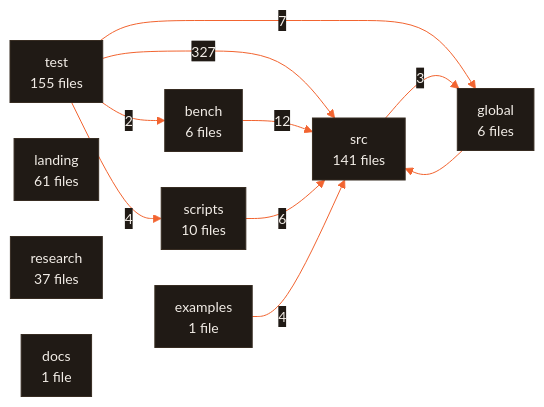
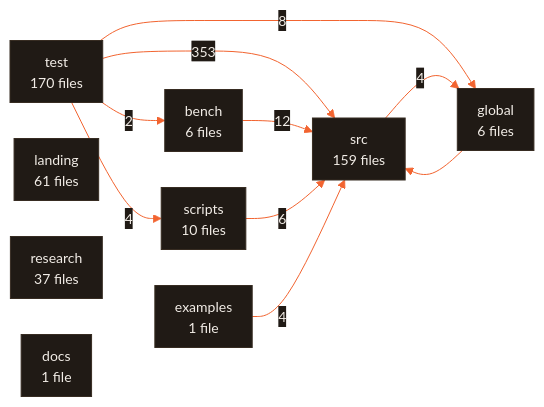
Before and after one commit to CodeWithJuber/forgekit: the diagram in ARCHITECTURE.md, drawn with Mermaid. The commit also changed other lines of this file and 70 other files, not shown here.

````diff
--- a/ARCHITECTURE.md
+++ b/ARCHITECTURE.md
@@ -671,22 +671,22 @@
 ```mermaid
 %%{init: {'theme':'base','themeVariables':{'primaryColor':'#201a15','primaryTextColor':'#f2ede7','primaryBorderColor':'#372c22','lineColor':'#f26430','secondaryColor':'#272019','tertiaryColor':'#171310','edgeLabelBackground':'#201a15','clusterBkg':'#171310','clusterBorder':'#4a3b2e','fontFamily':'ui-sans-serif, system-ui, sans-serif','fontSize':'14px'},'flowchart':{'curve':'basis','padding':10,'nodeSpacing':36,'rankSpacing':44}}}%%
 flowchart LR
-  test["test<br/>155 files"]
-  src["src<br/>141 files"]
+  test["test<br/>170 files"]
+  src["src<br/>159 files"]
   landing["landing<br/>61 files"]
   research["research<br/>37 files"]
   scripts["scripts<br/>10 files"]
   bench["bench<br/>6 files"]
   global["global<br/>6 files"]
   docs["docs<br/>1 file"]
   examples["examples<br/>1 file"]
-  test -- 327 --> src
+  test -- 353 --> src
   bench -- 12 --> src
-  test -- 7 --> global
+  test -- 8 --> global
   scripts -- 6 --> src
   examples -- 4 --> src
+  src -- 4 --> global
   test -- 4 --> scripts
-  src -- 3 --> global
   test -- 2 --> bench
   global --> src
 ```
````
